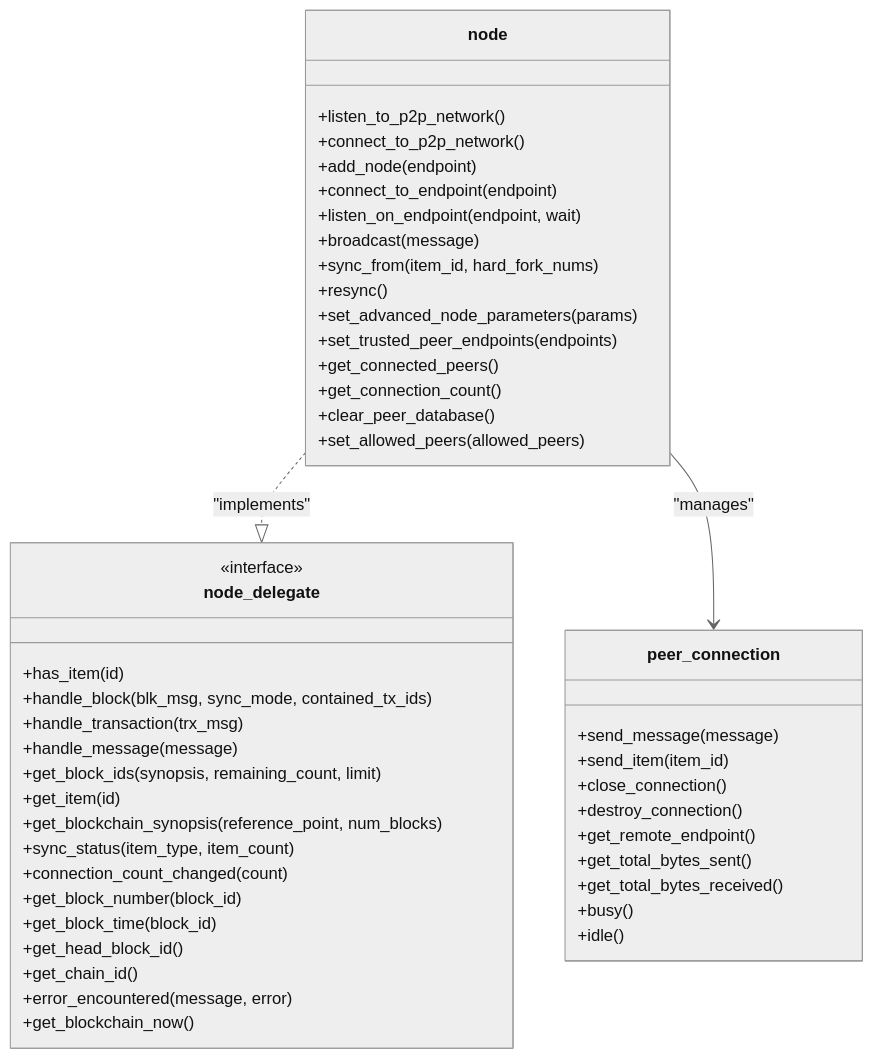
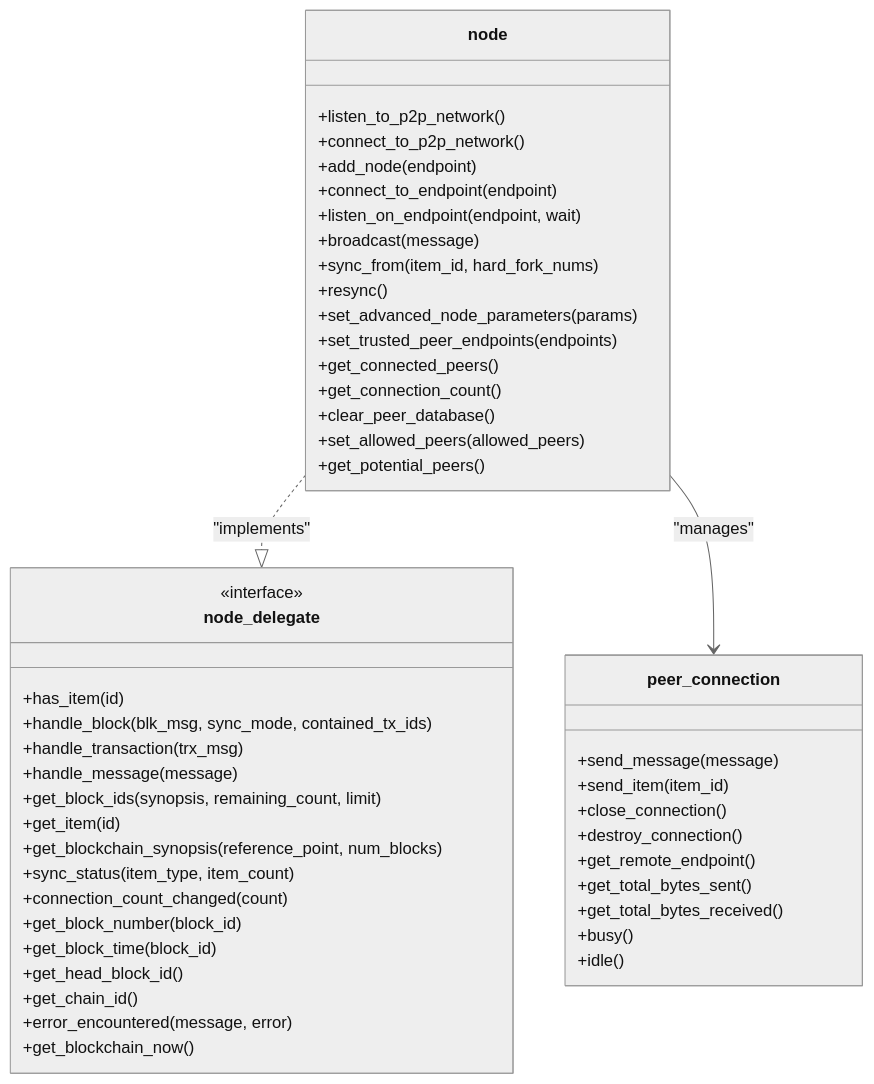
One commit to VIZ-Blockchain/viz-cpp-node changed the third of 25 diagrams in .qoder/repowiki/en/content/P2p Plugin.md. Above: the diagram before and after it, drawn with Mermaid (neutral theme). The commit also changed other lines of this file and 4 other files, not shown here.

````diff
--- a/.qoder/repowiki/en/content/P2p Plugin.md
+++ b/.qoder/repowiki/en/content/P2p Plugin.md
@@ -166,50 +182,51 @@
 ```mermaid
 classDiagram
 class node {
 +listen_to_p2p_network()
 +connect_to_p2p_network()
 +add_node(endpoint)
 +connect_to_endpoint(endpoint)
 +listen_on_endpoint(endpoint, wait)
 +broadcast(message)
 +sync_from(item_id, hard_fork_nums)
 +resync()
 +set_advanced_node_parameters(params)
 +set_trusted_peer_endpoints(endpoints)
 +get_connected_peers()
 +get_connection_count()
 +clear_peer_database()
 +set_allowed_peers(allowed_peers)
++get_potential_peers()
 }
 class node_delegate {
 <<interface>>
 +has_item(id)
 +handle_block(blk_msg, sync_mode, contained_tx_ids)
 +handle_transaction(trx_msg)
 +handle_message(message)
 +get_block_ids(synopsis, remaining_count, limit)
 +get_item(id)
 +get_blockchain_synopsis(reference_point, num_blocks)
 +sync_status(item_type, item_count)
 +connection_count_changed(count)
 +get_block_number(block_id)
 +get_block_time(block_id)
 +get_head_block_id()
 +get_chain_id()
 +error_encountered(message, error)
 +get_blockchain_now()
 }
 class peer_connection {
 +send_message(message)
 +send_item(item_id)
 +close_connection()
 +destroy_connection()
 +get_remote_endpoint()
 +get_total_bytes_sent()
 +get_total_bytes_received()
 +busy()
 +idle()
 }
 node ..|> node_delegate : "implements"
 node --> peer_connection : "manages"
 ```
````
